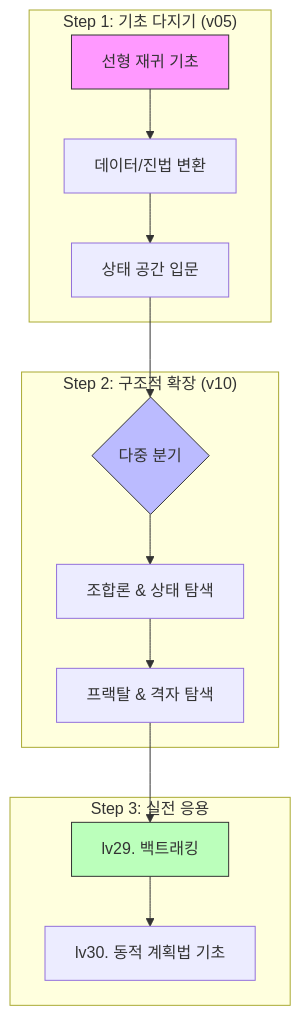
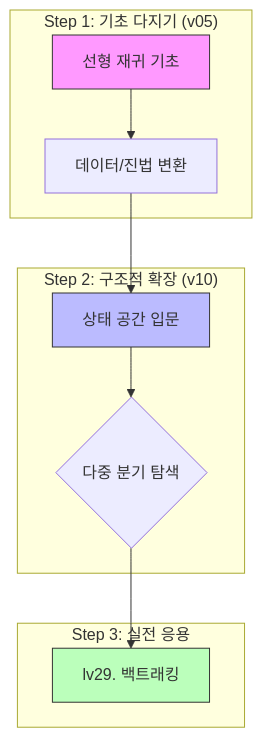
One commit to sleepyhood/StepCode changed the second of 2 diagrams in practice/data/content/programming/doingcoding/LV26_재귀/README.md. Above: the diagram before and after it, drawn with Mermaid. The commit also changed other lines of this file and 194 other files, not shown here.

````diff
--- a/practice/data/content/programming/doingcoding/LV26_재귀/README.md
+++ b/practice/data/content/programming/doingcoding/LV26_재귀/README.md
@@ -109,22 +83,19 @@
 ```mermaid
 flowchart TD
     subgraph "Step 1: 기초 다지기 (v05)"
     A[선형 재귀 기초] --> B[데이터/진법 변환]
-    B --> C[상태 공간 입문]
     end
 
     subgraph "Step 2: 구조적 확장 (v10)"
-    C --> D{다중 분기}
-    D --> E[조합론 & 상태 탐색]
-    E --> F[프랙탈 & 격자 탐색]
+    B --> C[상태 공간 입문]
+    C --> D{다중 분기 탐색}
     end
 
     subgraph "Step 3: 실전 응용"
-    F --> G[lv29. 백트래킹]
-    G --> H[lv30. 동적 계획법 기초]
+    D --> E[lv29. 백트래킹]
     end
 
     style A fill:#f9f,stroke:#333
-    style D fill:#bbf,stroke:#333
-    style G fill:#bfb,stroke:#333
+    style C fill:#bbf,stroke:#333
+    style E fill:#bfb,stroke:#333
 ```
````
